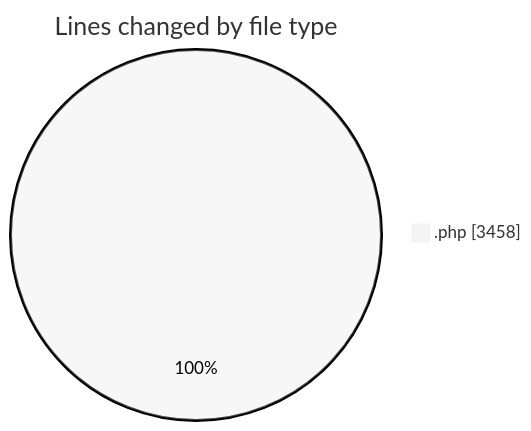
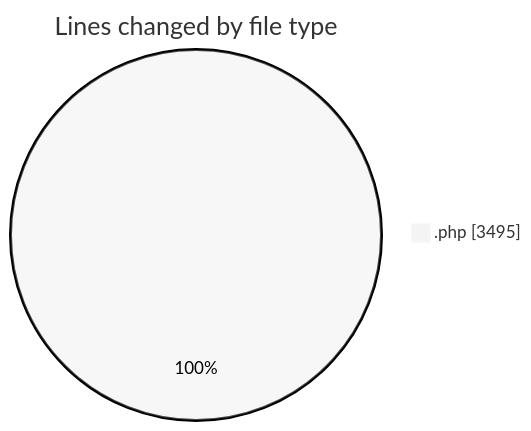
Before and after one commit to debugP/code-tracking: the first of 2 diagrams in 2025-10-21/untitled__workspace_/README.md, drawn with Mermaid (neutral theme). The commit also changed other lines of this file and 1 other file, not shown here.

````diff
--- a/2025-10-21/untitled__workspace_/README.md
+++ b/2025-10-21/untitled__workspace_/README.md
@@ -20,5 +20,5 @@
 ```mermaid
 pie showData
 title Lines changed by file type
-".php" : 3458
+".php" : 3495
 ```
````
